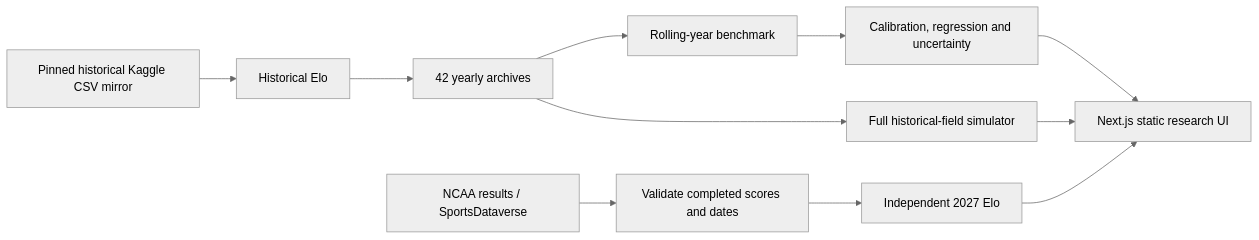
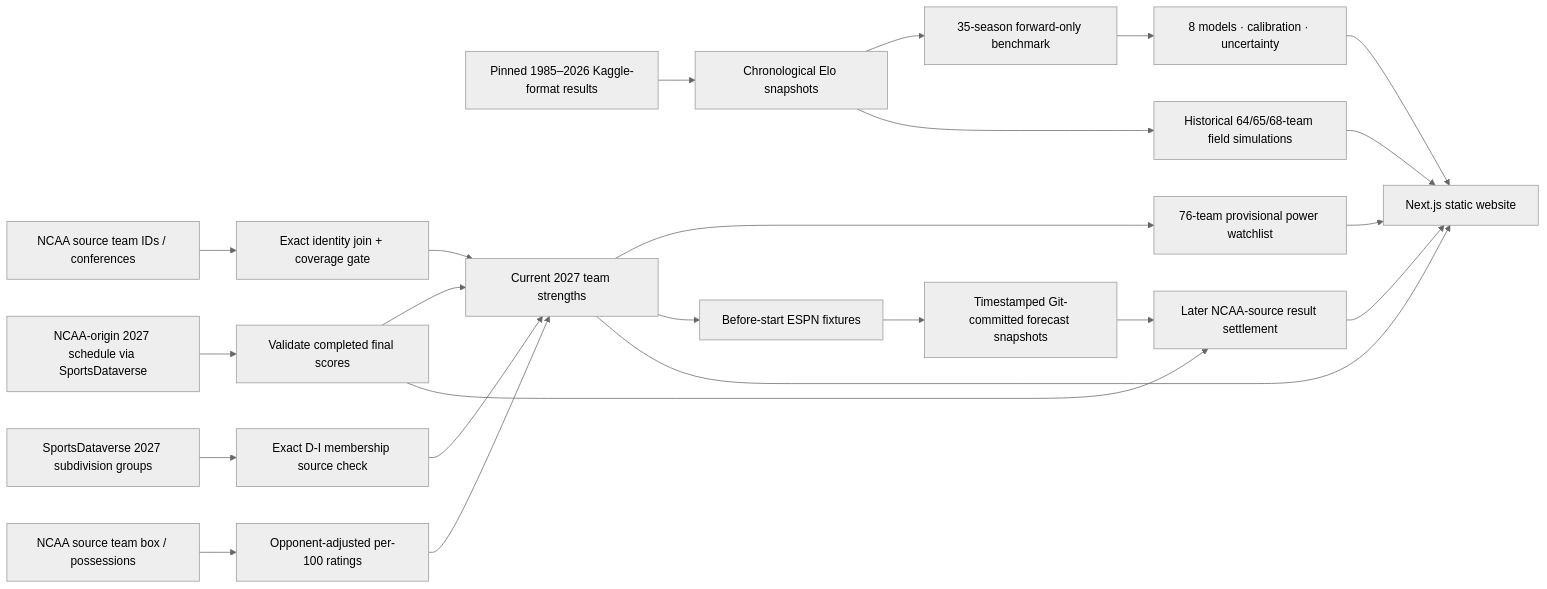
One commit to dokeefe414/March-Madness-Forecasting changed the diagram in README.md. Above: the diagram before and after it, drawn with Mermaid (neutral theme). The commit also changed other lines of this file and 42 other files, not shown here.

First line of the commit message:
Launch March Forecast v0.6 — predictive intelligence, D-I source checks, pregame evidence and premium dashboard (#7)

````diff
--- a/README.md
+++ b/README.md
@@ -43,13 +66,25 @@
 ```mermaid
 flowchart LR
-  A["Pinned historical Kaggle CSV mirror"] --> B["Historical Elo"]
-  B --> C["42 yearly archives"]
-  C --> D["Rolling-year benchmark"]
-  D --> E["Calibration, regression and uncertainty"]
-  C --> F["Full historical-field simulator"]
-  G["NCAA results / SportsDataverse"] --> H["Validate completed scores and dates"]
-  H --> I["Independent 2027 Elo"]
-  E --> J["Next.js static research UI"]
-  F --> J
-  I --> J
+  A["Pinned 1985–2026 Kaggle-format results"] --> B["Chronological Elo snapshots"]
+  B --> C["35-season forward-only benchmark"]
+  C --> D["8 models · calibration · uncertainty"]
+  B --> E["Historical 64/65/68-team field simulations"]
+  F["NCAA-origin 2027 schedule via SportsDataverse"] --> G["Validate completed final scores"]
+  H["NCAA source team IDs / conferences"] --> I["Exact identity join + coverage gate"]
+  J["NCAA source team box / possessions"] --> K["Opponent-adjusted per-100 ratings"]
+  G --> L["Current 2027 team strengths"]
+  I --> L
+  R["SportsDataverse 2027 subdivision groups"] --> S["Exact D-I membership source check"]
+  S --> L
+  K --> L
+  L --> M["76-team provisional power watchlist"]
+  L --> N["Before-start ESPN fixtures"]
+  N --> O["Timestamped Git-committed forecast snapshots"]
+  G --> P["Later NCAA-source result settlement"]
+  O --> P
+  D --> Q["Next.js static website"]
+  E --> Q
+  L --> Q
+  M --> Q
+  P --> Q
 ```
````
